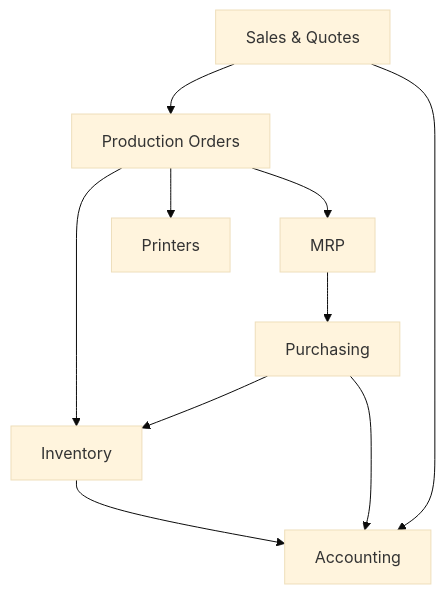
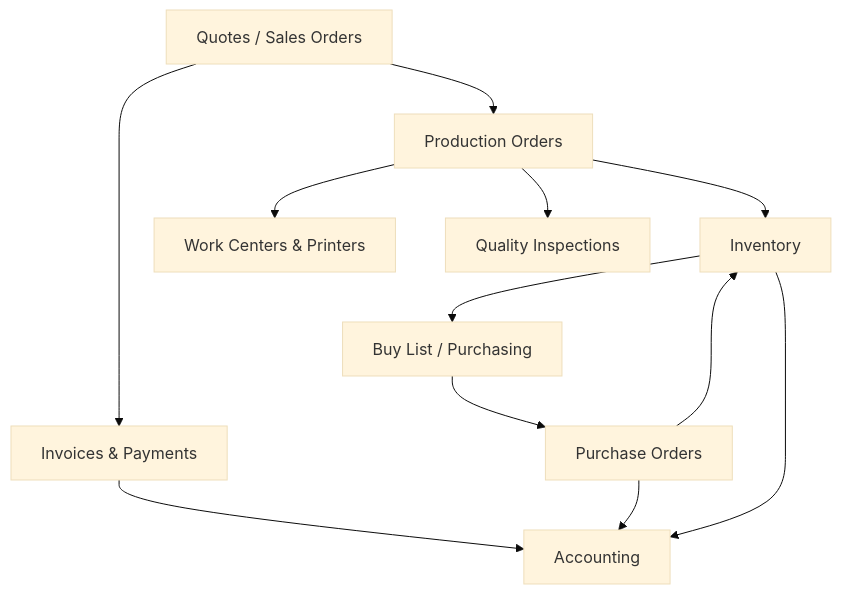
Before and after one commit to BLB3DPrinting/filaops: the diagram in docs/user-guide/index.md, drawn with Mermaid (base theme). The commit also changed other lines of this file and 3 other files, not shown here.

````diff
--- a/docs/user-guide/index.md
+++ b/docs/user-guide/index.md
@@ -64,12 +145,14 @@
 ```mermaid
 graph TD
-    A[Sales & Quotes] --> B[Production Orders]
+    A[Quotes / Sales Orders] --> B[Production Orders]
+    A --> I[Invoices & Payments]
     B --> C[Inventory]
-    B --> D[Printers]
-    B --> E[MRP]
-    E --> F[Purchasing]
-    F --> C
-    C --> G[Accounting]
-    A --> G
-    F --> G
+    B --> D[Work Centers & Printers]
+    B --> E[Quality Inspections]
+    C --> F[Buy List / Purchasing]
+    F --> G[Purchase Orders]
+    G --> C
+    I --> H[Accounting]
+    G --> H
+    C --> H
 ```
````
